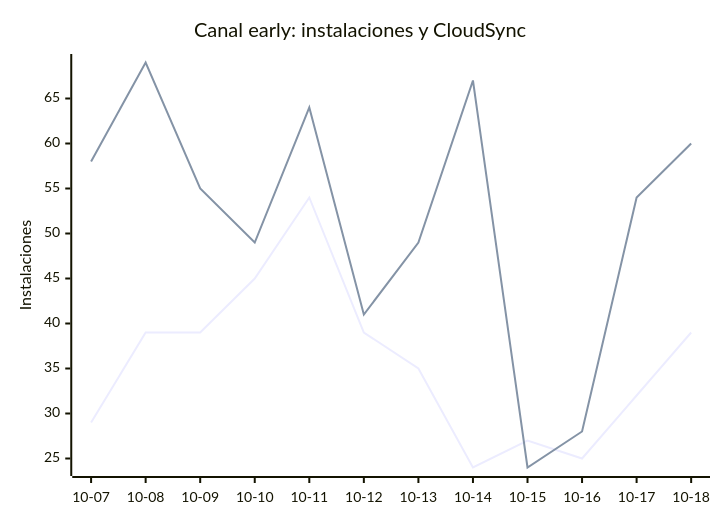
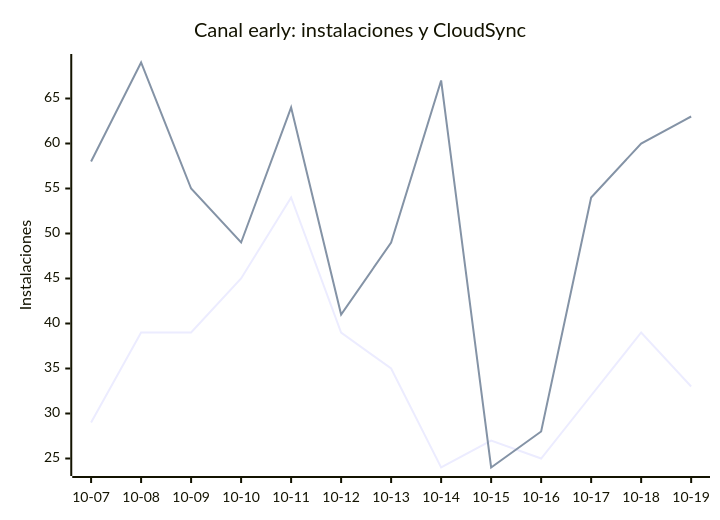
The eighth of 8 diagrams in README.md (EmuDeck/stats), drawn with Mermaid before and after one commit. The commit also changed other lines of this file and 2 other files, not shown here.

````diff
--- a/README.md
+++ b/README.md
@@ -102,8 +102,8 @@
 ```mermaid
 xychart-beta
     title "Canal early: instalaciones y CloudSync"
-    x-axis ["10-07", "10-08", "10-09", "10-10", "10-11", "10-12", "10-13", "10-14", "10-15", "10-16", "10-17", "10-18"]
+    x-axis ["10-07", "10-08", "10-09", "10-10", "10-11", "10-12", "10-13", "10-14", "10-15", "10-16", "10-17", "10-18", "10-19"]
     y-axis "Instalaciones"
-    line [29, 39, 39, 45, 54, 39, 35, 24, 27, 25, 32, 39]
-    line [58, 69, 55, 49, 64, 41, 49, 67, 24, 28, 54, 60]
+    line [29, 39, 39, 45, 54, 39, 35, 24, 27, 25, 32, 39, 33]
+    line [58, 69, 55, 49, 64, 41, 49, 67, 24, 28, 54, 60, 63]
 ```
````
